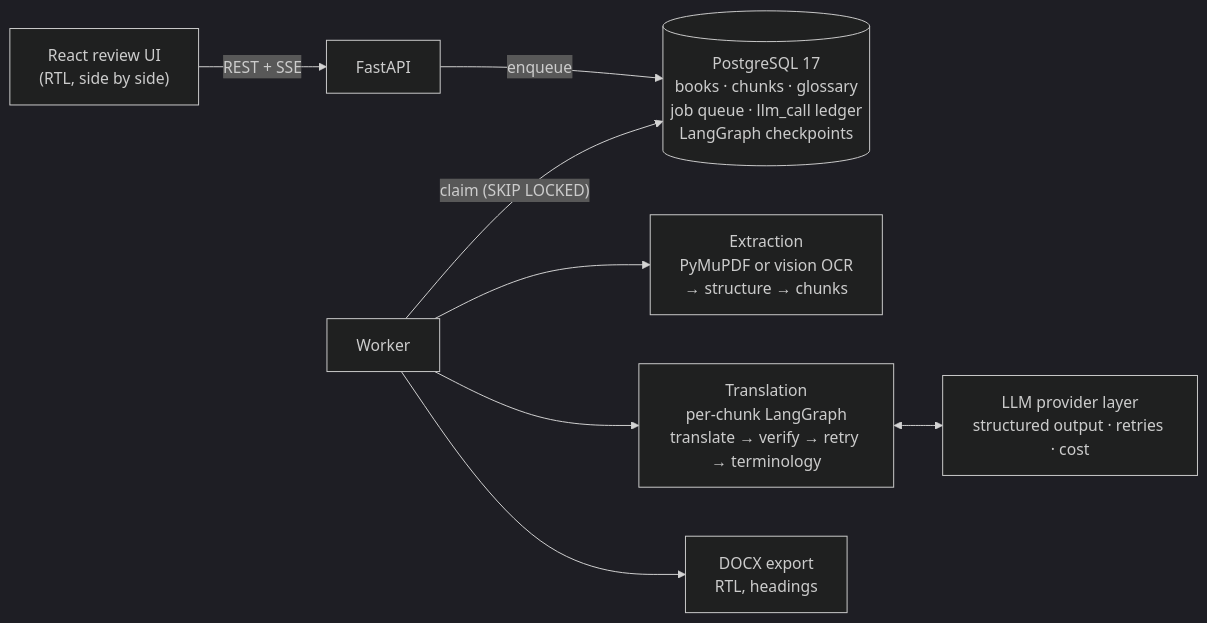
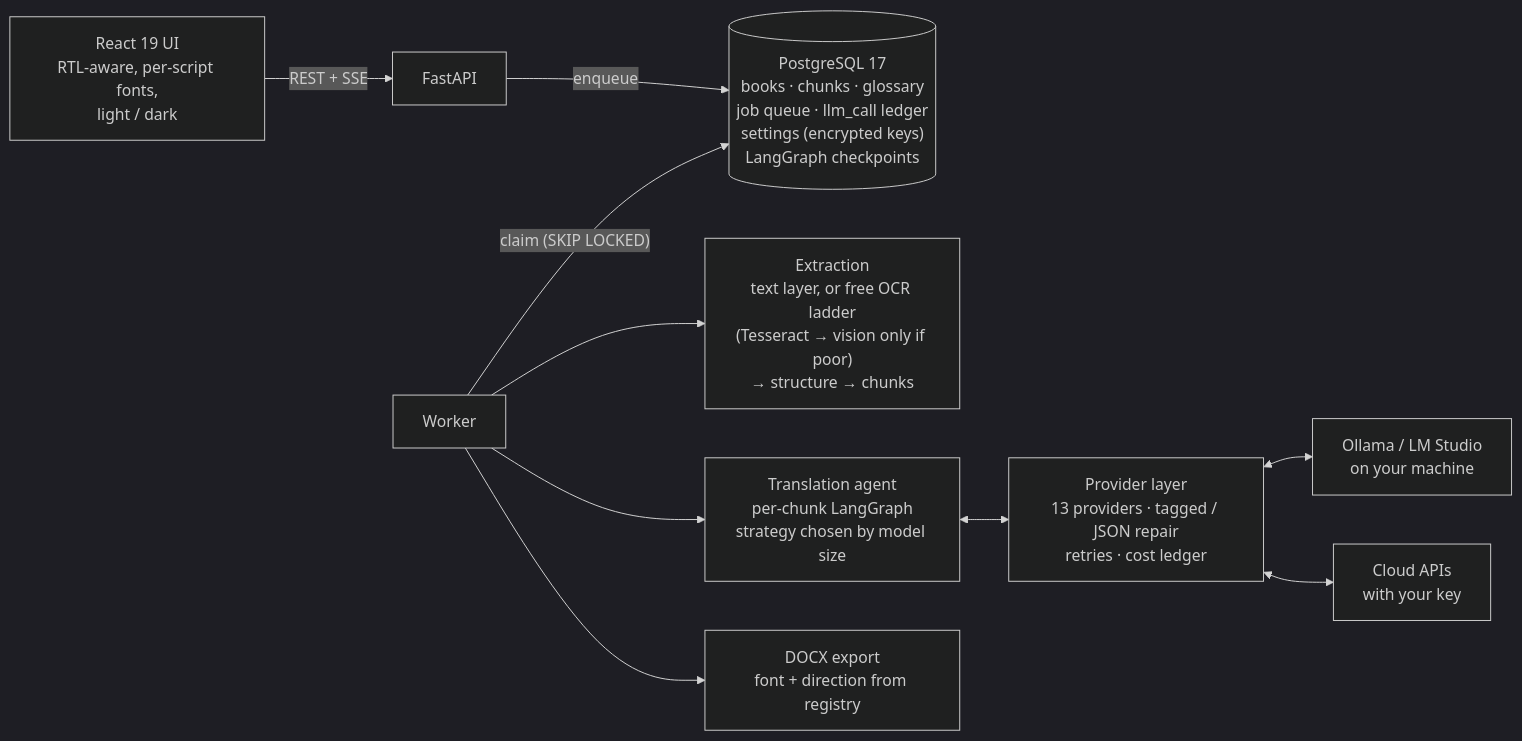
One commit to Hassan-Memon/ai-book-translator changed the diagram in README.md. Above: the diagram before and after it, drawn with Mermaid (dark theme). The commit also changed other lines of this file and 19 other files, not shown here.

First line of the commit message:
Docs: README, guides for local models, OCR, agent strategy, languages, config

````diff
--- a/README.md
+++ b/README.md
@@ -61,10 +174,12 @@
 ```mermaid
 flowchart LR
-    UI["React review UI<br/>(RTL, side by side)"] -- REST + SSE --> API[FastAPI]
-    API -- enqueue --> DB[("PostgreSQL 17<br/>books · chunks · glossary<br/>job queue · llm_call ledger<br/>LangGraph checkpoints")]
+    UI["React 19 UI<br/>RTL-aware, per-script fonts,<br/>light / dark"] -- REST + SSE --> API[FastAPI]
+    API -- enqueue --> DB[("PostgreSQL 17<br/>books · chunks · glossary<br/>job queue · llm_call ledger<br/>settings (encrypted keys)<br/>LangGraph checkpoints")]
     W["Worker"] -- "claim (SKIP LOCKED)" --> DB
-    W --> X["Extraction<br/>PyMuPDF or vision OCR<br/>→ structure → chunks"]
-    W --> T["Translation<br/>per-chunk LangGraph<br/>translate → verify → retry → terminology"]
-    W --> E["DOCX export<br/>RTL, headings"]
-    T <--> LLM["LLM provider layer<br/>structured output · retries · cost"]
+    W --> X["Extraction<br/>text layer, or free OCR ladder<br/>(Tesseract → vision only if poor)<br/>→ structure → chunks"]
+    W --> T["Translation agent<br/>per-chunk LangGraph<br/>strategy chosen by model size"]
+    W --> E["DOCX export<br/>font + direction from registry"]
+    T <--> LLM["Provider layer<br/>13 providers · tagged / JSON repair<br/>retries · cost ledger"]
+    LLM <--> L["Ollama / LM Studio<br/>on your machine"]
+    LLM <--> C["Cloud APIs<br/>with your key"]
 ```
````
